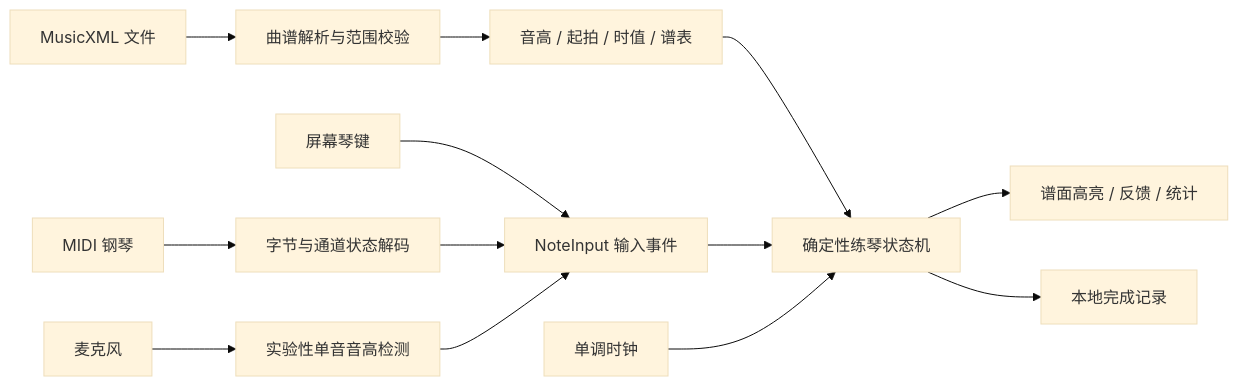
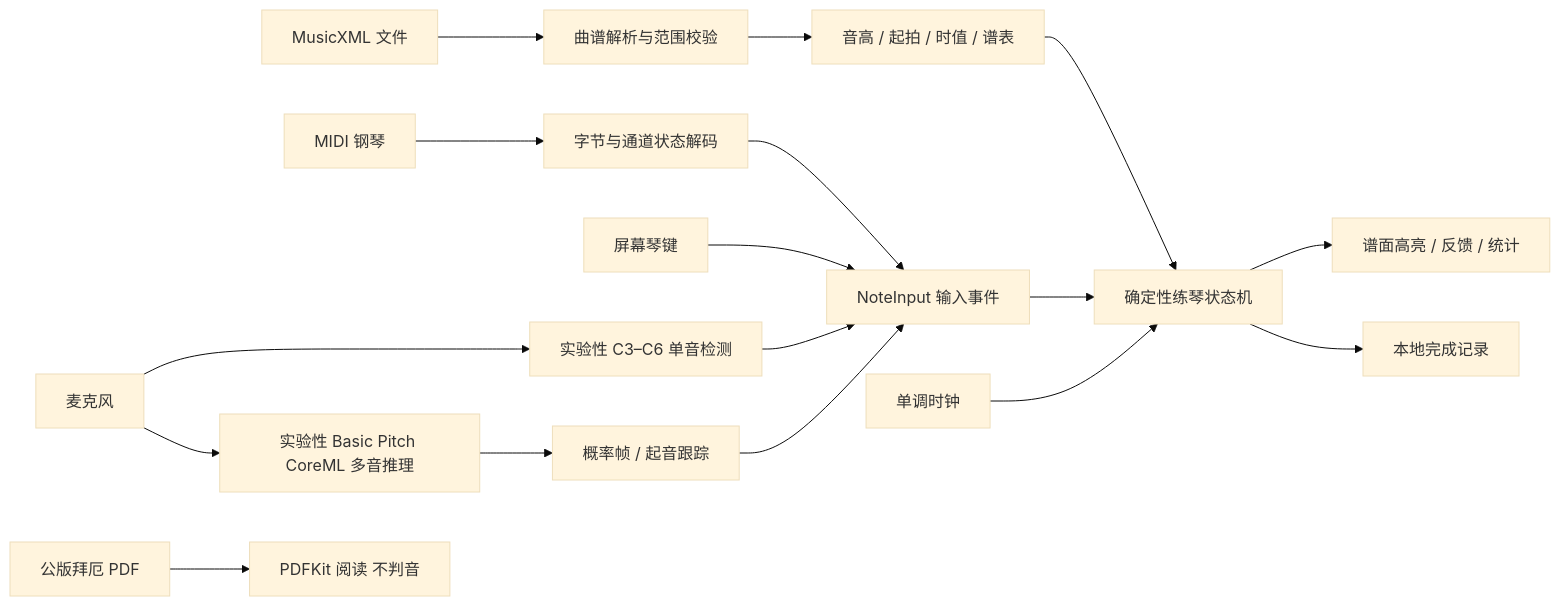
One commit to Oublie-le/qinxu changed the diagram in docs/ARCHITECTURE.md. Above: the diagram before and after it, drawn with Mermaid (base theme). The commit also changed other lines of this file and 7 other files, not shown here.

````diff
--- a/docs/ARCHITECTURE.md
+++ b/docs/ARCHITECTURE.md
@@ -11,15 +13,19 @@
 ```mermaid
 flowchart LR
     XML[MusicXML 文件] --> Parser[曲谱解析与范围校验]
     Parser --> Score[音高 / 起拍 / 时值 / 谱表]
     Score --> Engine[确定性练琴状态机]
     MIDI[MIDI 钢琴] --> Decoder[字节与通道状态解码]
     Touch[屏幕琴键] --> Events[NoteInput 输入事件]
     Decoder --> Events
-    Mic[麦克风] --> Pitch[实验性单音音高检测]
+    Mic[麦克风] --> Pitch[实验性 C3–C6 单音检测]
     Pitch --> Events
+    Mic --> Model[实验性 Basic Pitch CoreML 多音推理]
+    Model --> Tracker[概率帧 / 起音跟踪]
+    Tracker --> Events
+    PDF[公版拜厄 PDF] --> Reader[PDFKit 阅读 不判音]
     Events --> Engine
     Clock[单调时钟] --> Engine
     Engine --> UI[谱面高亮 / 反馈 / 统计]
     Engine --> Store[本地完成记录]
 ```
````
